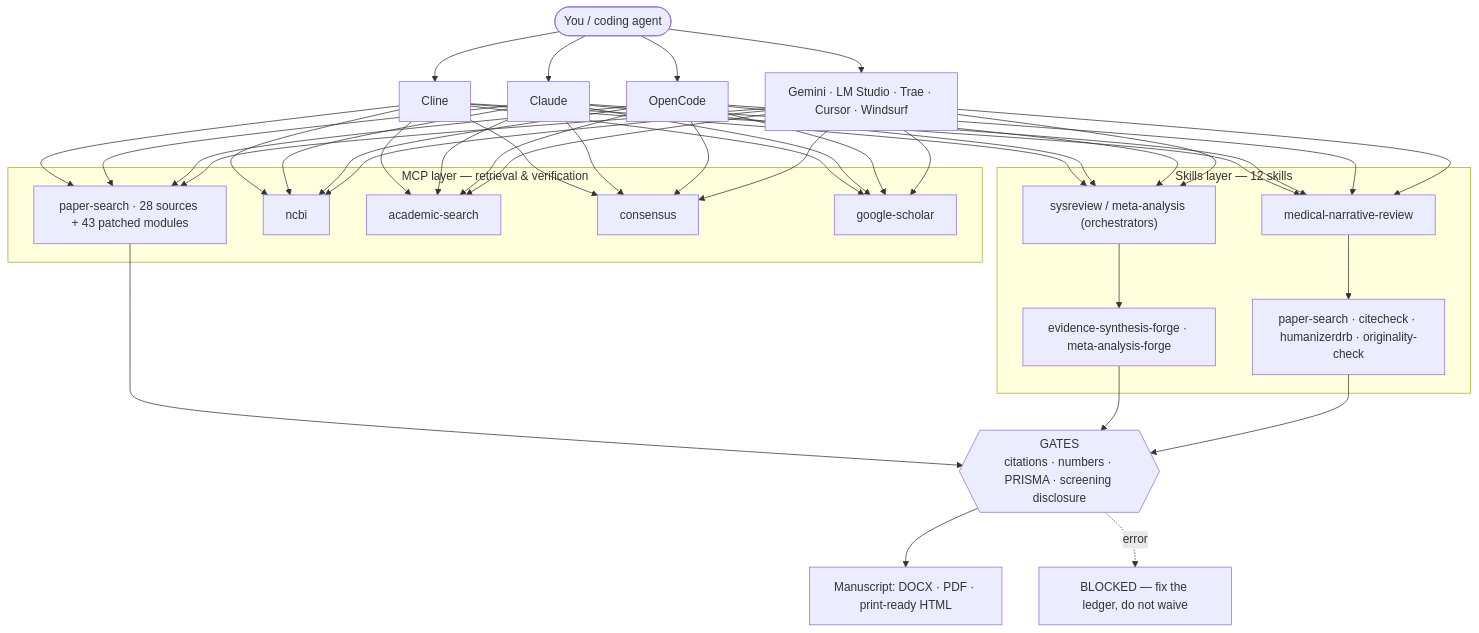
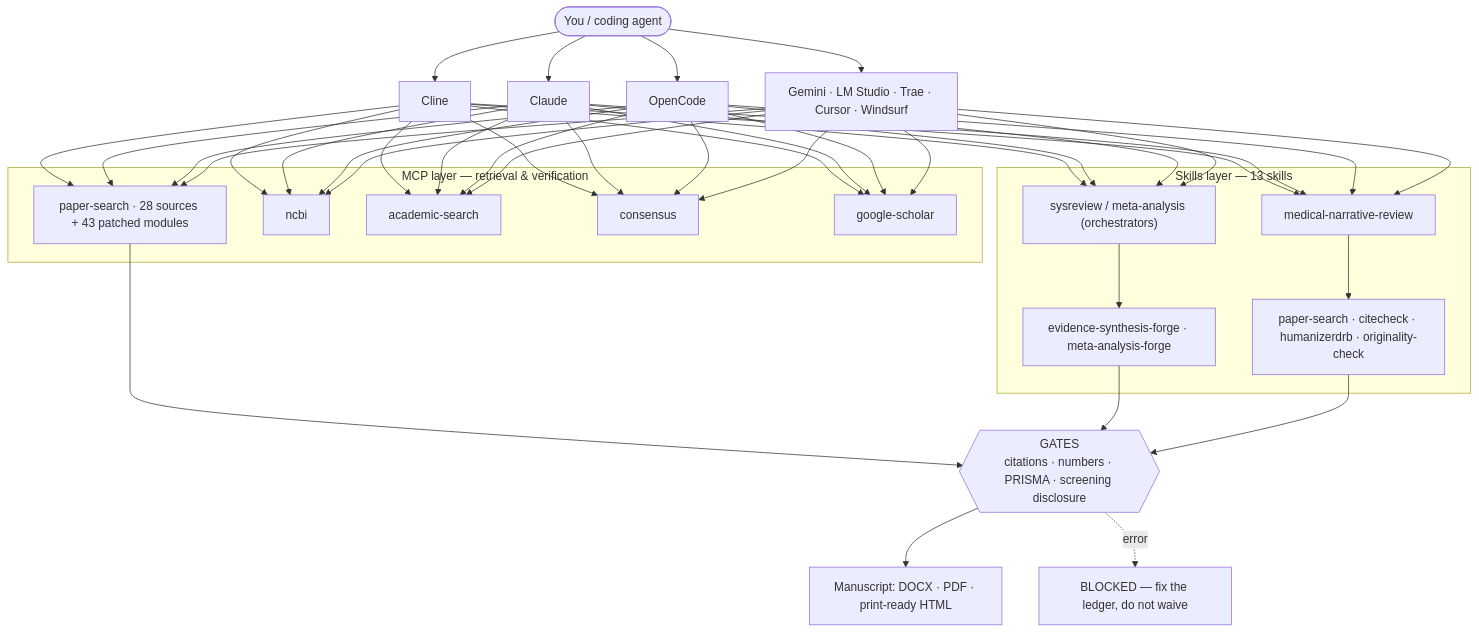
One commit to drb253/research-stack changed the first of 7 diagrams in README.md. Above: the diagram before and after it, drawn with Mermaid. The commit also changed other lines of this file and 43 other files, not shown here.

````diff
--- a/README.md
+++ b/README.md
@@ -136,31 +136,31 @@
 ```mermaid
 flowchart TB
     U(["You / coding agent"]) --> CL[Cline] & CD[Claude] & OC[OpenCode] & MORE[Gemini · LM Studio · Trae · Cursor · Windsurf]
 
     subgraph MCP["MCP layer — retrieval & verification"]
         PS["paper-search · 28 sources + 43 patched modules"]
         NC["ncbi"]
         AS["academic-search"]
         CO["consensus"]
         GS["google-scholar"]
     end
 
-    subgraph SK["Skills layer — 12 skills"]
+    subgraph SK["Skills layer — 13 skills"]
         SR["sysreview / meta-analysis (orchestrators)"]
         EV["evidence-synthesis-forge · meta-analysis-forge"]
         NR["medical-narrative-review"]
         GD["paper-search · citecheck · humanizerdrb · originality-check"]
     end
 
     CL & CD & OC & MORE --> PS & NC & AS & CO & GS
     CL & CD & OC & MORE --> SR & NR
     SR --> EV
     NR --> GD
     PS --> GATES
 
     GATES{{"GATES<br/>citations · numbers · PRISMA · screening disclosure"}}
     EV --> GATES
     GD --> GATES
     GATES --> OUT["Manuscript: DOCX · PDF · print-ready HTML"]
     GATES -.->|error| STOP["BLOCKED — fix the ledger, do not waive"]
 ```
````
